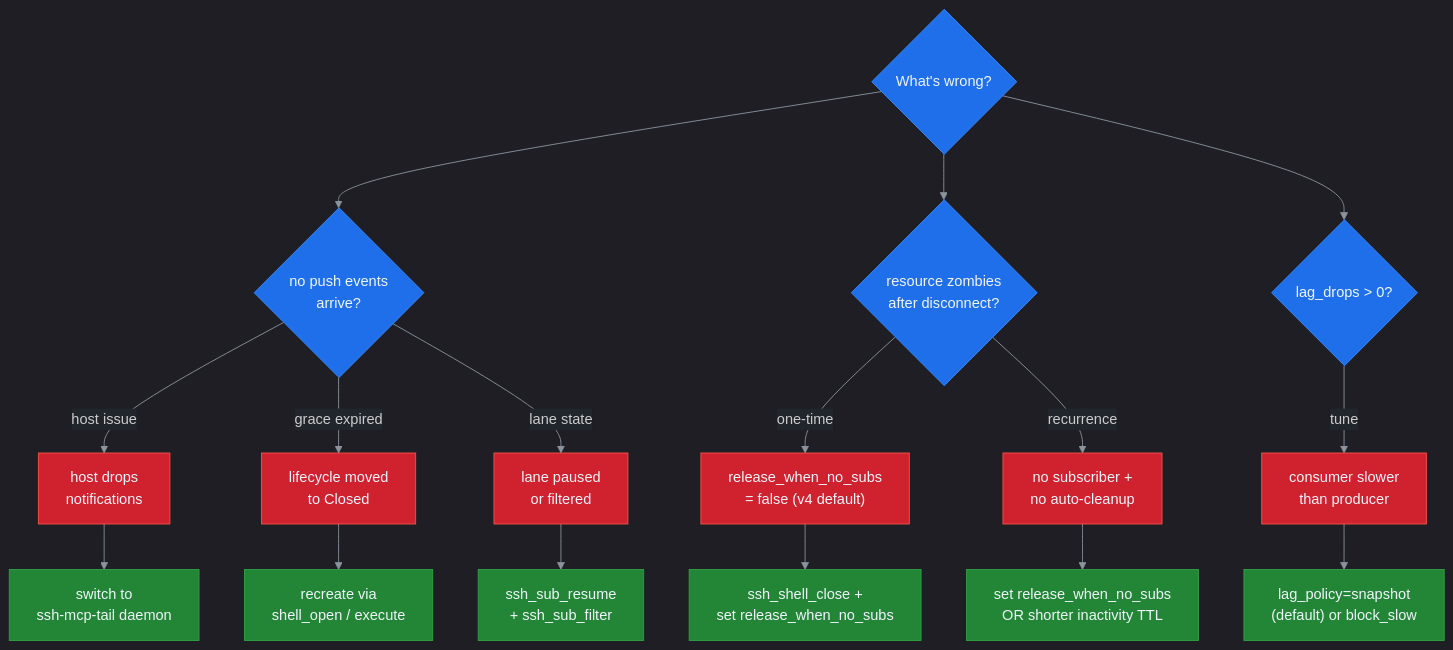
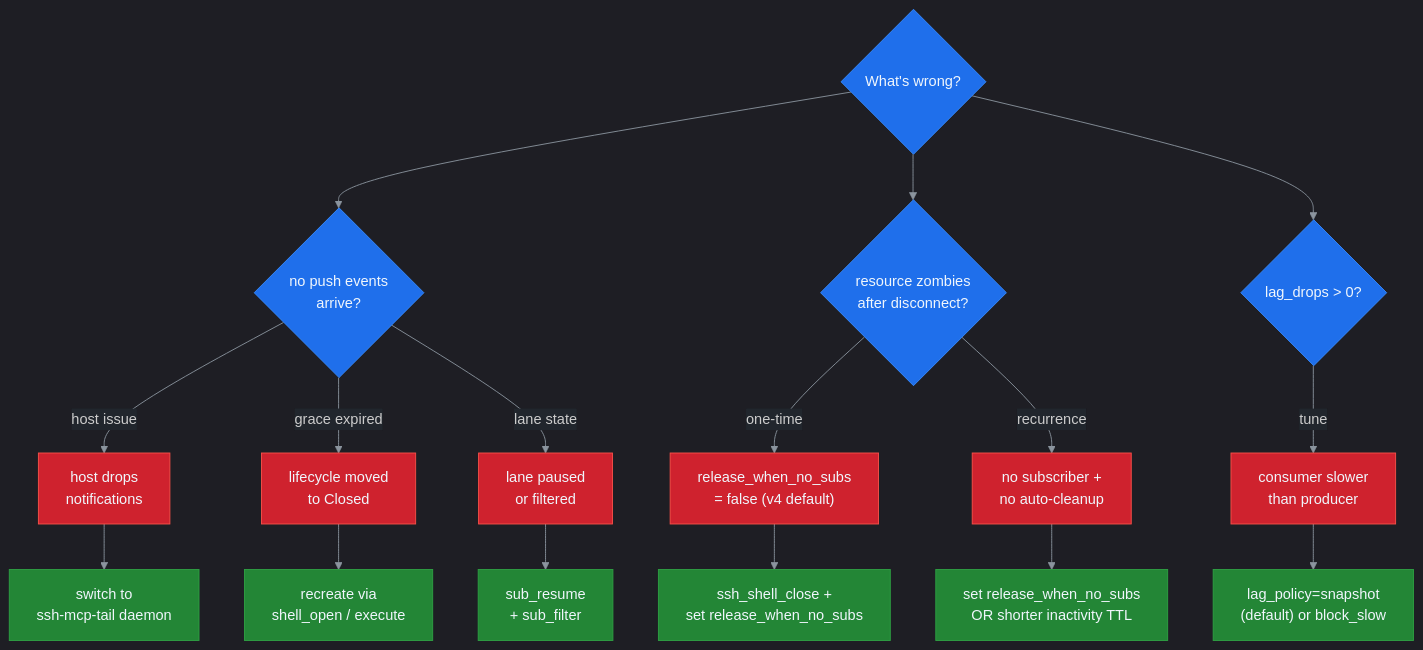
The first of 7 diagrams in docs/OPERATIONS.md (farchanjo/ssh-mcp), drawn with Mermaid before and after one commit. The commit also changed other lines of this file and 61 other files, not shown here.

````diff
--- a/docs/OPERATIONS.md
+++ b/docs/OPERATIONS.md
@@ -5,41 +5,41 @@
 ```mermaid
 %%{init: {'theme':'dark','themeVariables':{'primaryColor':'#1f6feb','primaryTextColor':'#f0f6fc','primaryBorderColor':'#388bfd','lineColor':'#8b949e','secondaryColor':'#161b22','tertiaryColor':'#21262d','background':'#0d1117','mainBkg':'#161b22','secondBkg':'#21262d','tertiaryBkg':'#0d1117','nodeTextColor':'#f0f6fc','edgeLabelBackground':'#21262d','clusterBkg':'#161b22','clusterBorder':'#30363d','titleColor':'#f0f6fc'}}}%%
 flowchart TD
     S{"What's wrong?"}
     A{"no push events<br/>arrive?"}
     A1["host drops<br/>notifications"]
     A2["lifecycle moved<br/>to Closed"]
     A3["lane paused<br/>or filtered"]
 
     B{"resource zombies<br/>after disconnect?"}
     B1["release_when_no_subs<br/>= false (v4 default)"]
     B2["no subscriber +<br/>no auto-cleanup"]
 
     C{"lag_drops > 0?"}
     C1["consumer slower<br/>than producer"]
 
     CA["switch to<br/>ssh-mcp-tail daemon"]
     CB["recreate via<br/>shell_open / execute"]
-    CC["ssh_sub_resume<br/>+ ssh_sub_filter"]
+    CC["sub_resume<br/>+ sub_filter"]
     CD["ssh_shell_close +<br/>set release_when_no_subs"]
     CE["set release_when_no_subs<br/>OR shorter inactivity TTL"]
     CF["lag_policy=snapshot<br/>(default) or block_slow"]
 
     S --> A
     S --> B
     S --> C
     A -->|host issue| A1 --> CA
     A -->|grace expired| A2 --> CB
     A -->|lane state| A3 --> CC
     B -->|one-time| B1 --> CD
     B -->|recurrence| B2 --> CE
     C -->|tune| C1 --> CF
 
     classDef branch fill:#1f6feb,color:#f0f6fc,stroke:#388bfd
     classDef bad fill:#cf222e,color:#f0f6fc,stroke:#f85149
     classDef warn fill:#9e6a03,color:#f0f6fc,stroke:#bf8700
     classDef good fill:#238636,color:#f0f6fc,stroke:#2ea043
     class S,A,B,C branch
     class A1,A2,A3,B1,B2,C1 bad
     class CA,CB,CC,CD,CE,CF good
 ```
````
